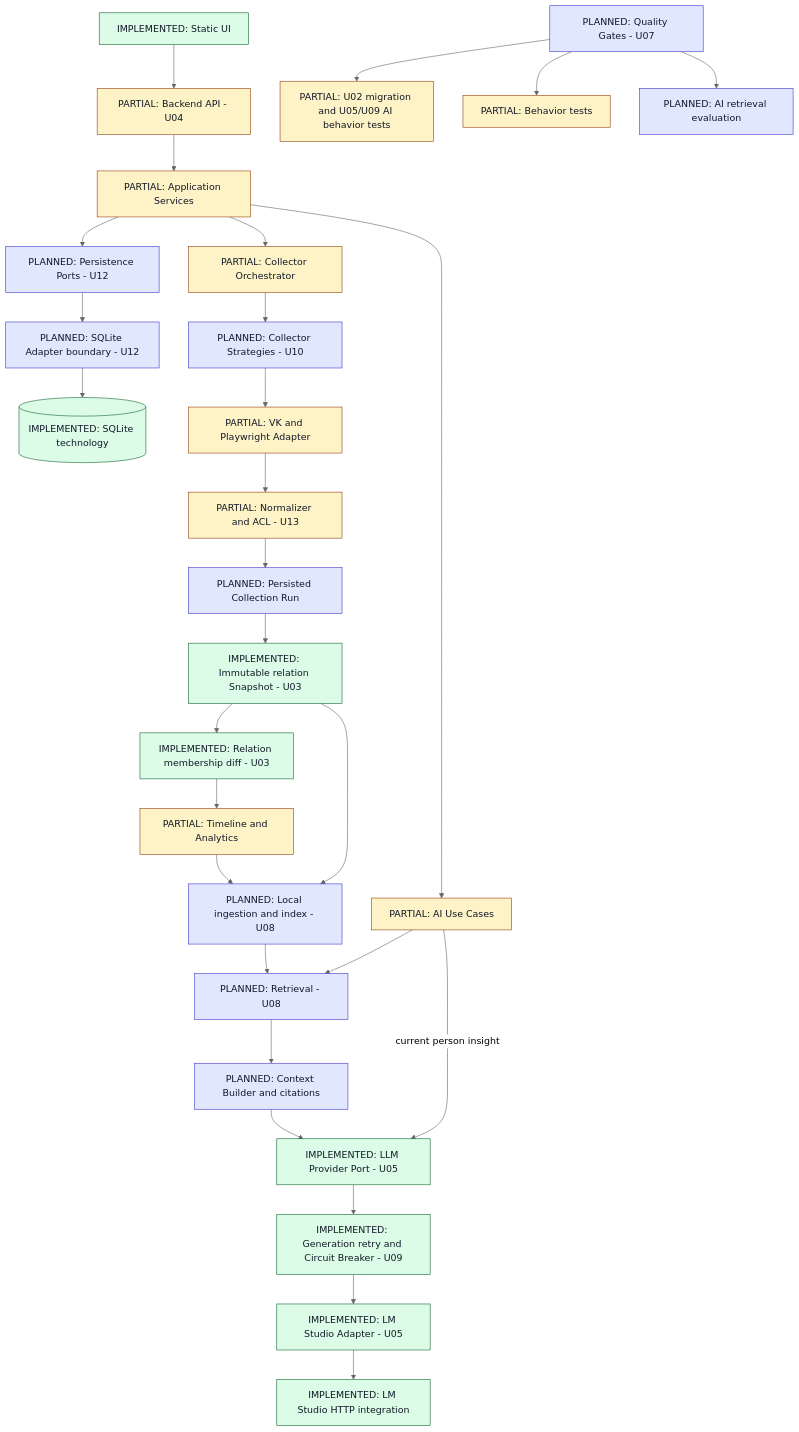
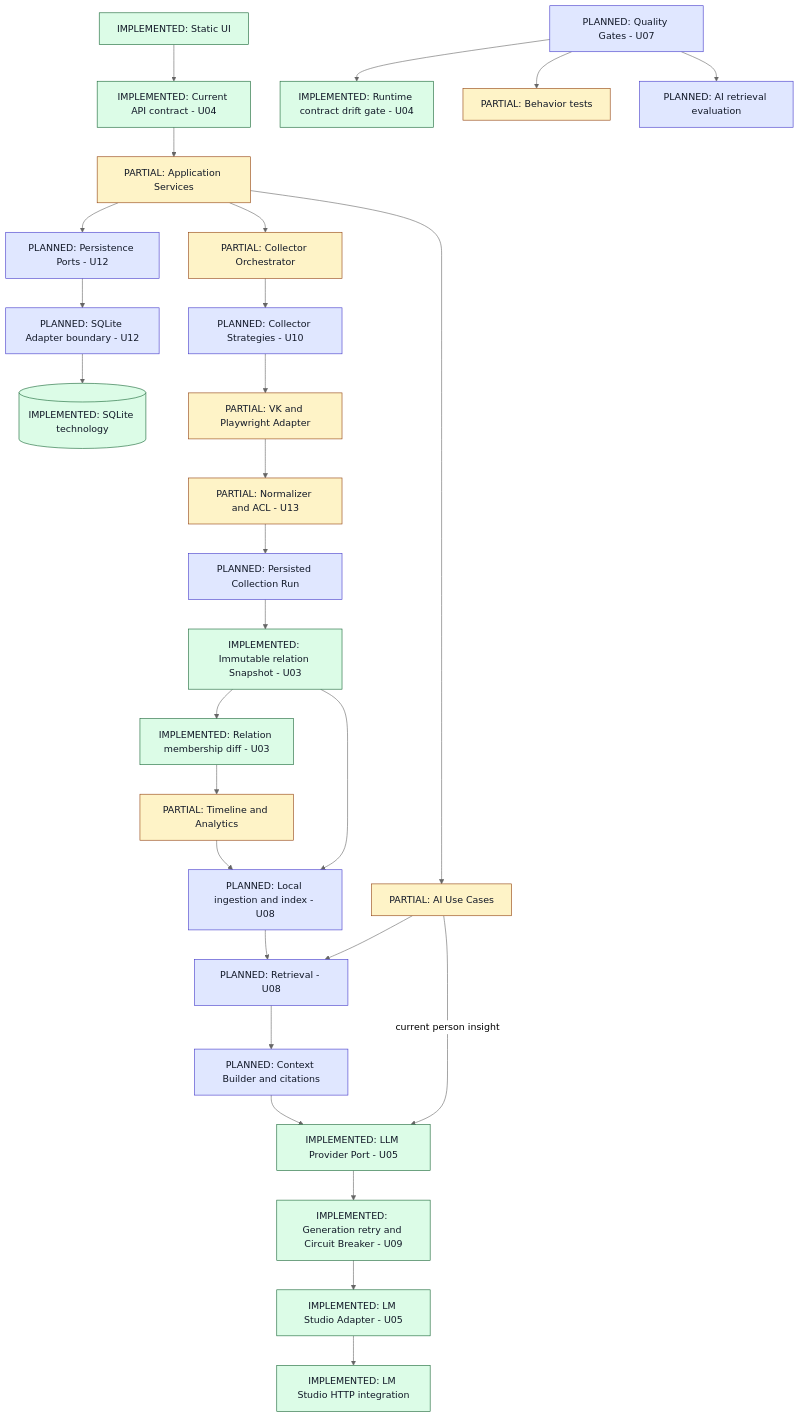
Before and after one commit to morshchagin-ivan/vk_social_radar: the diagram in docs/certification/C4_TARGET.md, drawn with Mermaid (neutral theme). The commit also changed other lines of this file and 27 other files, not shown here.

Commit message:
feat(api): align runtime OpenAPI contract

````diff
--- a/docs/certification/C4_TARGET.md
+++ b/docs/certification/C4_TARGET.md
@@ -7,36 +7,36 @@
 ```mermaid
 flowchart TD
-  UI["IMPLEMENTED: Static UI"] --> API["PARTIAL: Backend API - U04"]
+  UI["IMPLEMENTED: Static UI"] --> API["IMPLEMENTED: Current API contract - U04"]
   API --> App["PARTIAL: Application Services"]
   App --> Ports["PLANNED: Persistence Ports - U12"]
   Ports --> SQLAdapter["PLANNED: SQLite Adapter boundary - U12"]
   SQLAdapter --> DB[("IMPLEMENTED: SQLite technology")]
   App --> Orchestrator["PARTIAL: Collector Orchestrator"]
   Orchestrator --> Strategies["PLANNED: Collector Strategies - U10"]
   Strategies --> VKAdapter["PARTIAL: VK and Playwright Adapter"]
   VKAdapter --> ACL["PARTIAL: Normalizer and ACL - U13"]
   ACL --> Run["PLANNED: Persisted Collection Run"]
   Run --> Snapshot["IMPLEMENTED: Immutable relation Snapshot - U03"]
   Snapshot --> Diff["IMPLEMENTED: Relation membership diff - U03"]
   Diff --> Analytics["PARTIAL: Timeline and Analytics"]
   Snapshot --> Index["PLANNED: Local ingestion and index - U08"]
   Analytics --> Index
   App --> AI["PARTIAL: AI Use Cases"]
   AI --> Retrieval["PLANNED: Retrieval - U08"]
   Index --> Retrieval
   Retrieval --> Context["PLANNED: Context Builder and citations"]
   Context --> Provider["IMPLEMENTED: LLM Provider Port - U05"]
   AI -->|"current person insight"| Provider
   Provider --> Resilience["IMPLEMENTED: Generation retry and Circuit Breaker - U09"]
   Resilience --> LMAdapter["IMPLEMENTED: LM Studio Adapter - U05"]
   LMAdapter --> LM["IMPLEMENTED: LM Studio HTTP integration"]
-  Gates["PLANNED: Quality Gates - U07"] --> ContractGate["PARTIAL: U02 migration and U05/U09 AI behavior tests"]
+  Gates["PLANNED: Quality Gates - U07"] --> ContractGate["IMPLEMENTED: Runtime contract drift gate - U04"]
   Gates --> TestGate["PARTIAL: Behavior tests"]
   Gates --> Eval["PLANNED: AI retrieval evaluation"]
   classDef implemented fill:#dcfce7,stroke:#166534,color:#111827
   classDef partial fill:#fef3c7,stroke:#92400e,color:#111827
   classDef planned fill:#e0e7ff,stroke:#4338ca,color:#111827
-  class UI,DB,LM,Provider,LMAdapter,Resilience,Snapshot,Diff implemented
-  class API,App,Orchestrator,VKAdapter,ACL,Analytics,AI,TestGate,ContractGate partial
+  class UI,API,ContractGate,DB,LM,Provider,LMAdapter,Resilience,Snapshot,Diff implemented
+  class App,Orchestrator,VKAdapter,ACL,Analytics,AI,TestGate partial
   class Ports,SQLAdapter,Strategies,Run,Index,Retrieval,Context,Gates,Eval planned
 ```
````
